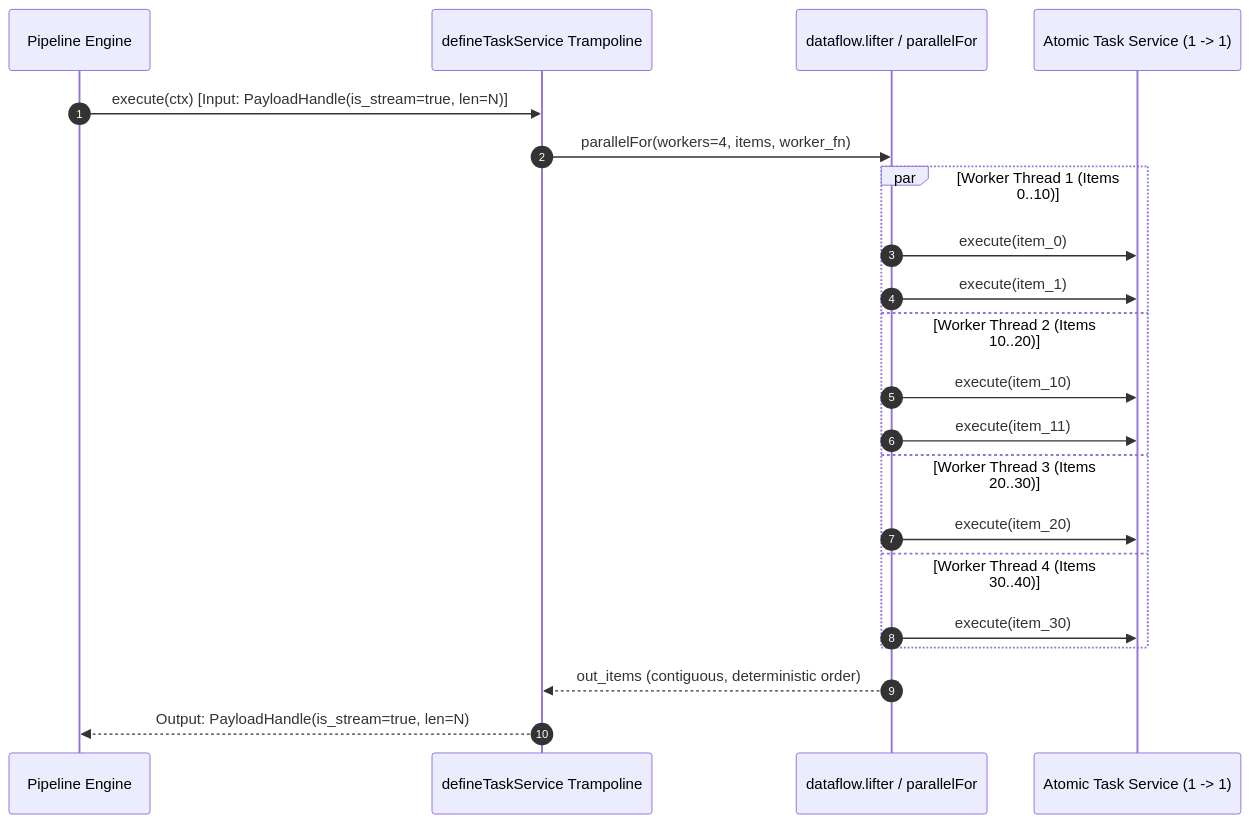
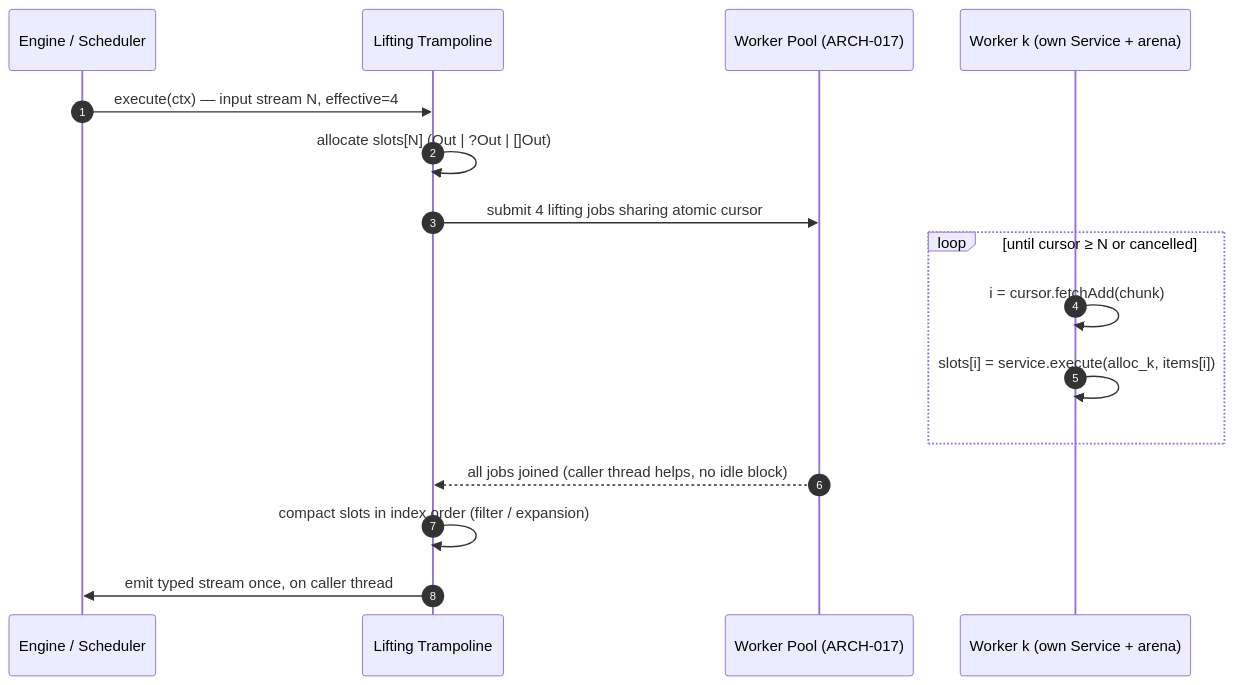
The first of 2 diagrams in docs/development/016-reactive-bifurcation-parallel-expansion-and-join.md (g-gar/vidsec), drawn with Mermaid before and after one commit. The commit also changed other lines of this file and 6 other files, not shown here.

````diff
--- a/docs/development/016-reactive-bifurcation-parallel-expansion-and-join.md
+++ b/docs/development/016-reactive-bifurcation-parallel-expansion-and-join.md
@@ -124,24 +349,19 @@
 ```mermaid
 sequenceDiagram
     autonumber
-    participant Engine as Pipeline Engine
-    participant Trampoline as defineTaskService Trampoline
-    participant Lifter as dataflow.lifter / parallelFor
-    participant Service as Atomic Task Service (1 -> 1)
+    participant Engine as Engine / Scheduler
+    participant Tramp as Lifting Trampoline
+    participant Pool as Worker Pool (ARCH-017)
+    participant W as Worker k (own Service + arena)
 
-    Engine->>Trampoline: execute(ctx) [Input: PayloadHandle(is_stream=true, len=N)]
-    Trampoline->>Lifter: parallelFor(workers=4, items, worker_fn)
-    par Worker Thread 1 (Items 0..10)
-        Lifter->>Service: execute(item_0)
-        Lifter->>Service: execute(item_1)
-    and Worker Thread 2 (Items 10..20)
-        Lifter->>Service: execute(item_10)
-        Lifter->>Service: execute(item_11)
-    and Worker Thread 3 (Items 20..30)
-        Lifter->>Service: execute(item_20)
-    and Worker Thread 4 (Items 30..40)
-        Lifter->>Service: execute(item_30)
+    Engine->>Tramp: execute(ctx) — input stream N, effective=4
+    Tramp->>Tramp: allocate slots[N] (Out | ?Out | []Out)
+    Tramp->>Pool: submit 4 lifting jobs sharing atomic cursor
+    loop until cursor ≥ N or cancelled
+        W->>W: i = cursor.fetchAdd(chunk)
+        W->>W: slots[i] = service.execute(alloc_k, items[i])
     end
-    Lifter-->>Trampoline: out_items (contiguous, deterministic order)
-    Trampoline-->>Engine: Output: PayloadHandle(is_stream=true, len=N)
+    Pool-->>Tramp: all jobs joined (caller thread helps, no idle block)
+    Tramp->>Tramp: compact slots in index order (filter / expansion)
+    Tramp->>Engine: emit typed stream once, on caller thread
 ```
````
